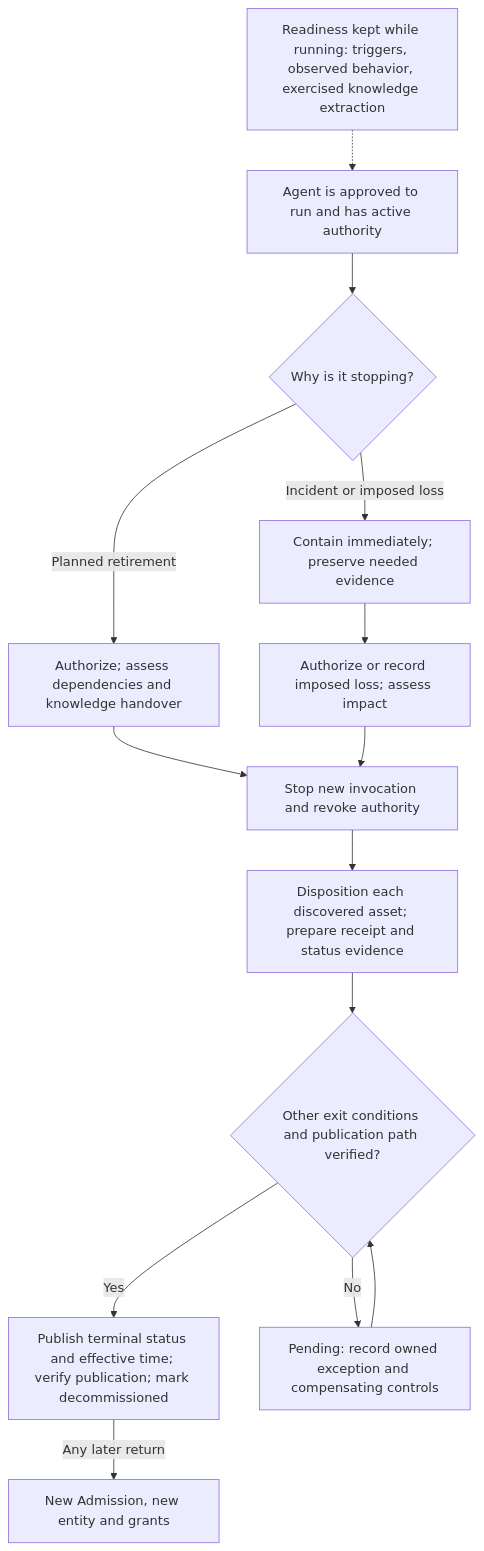
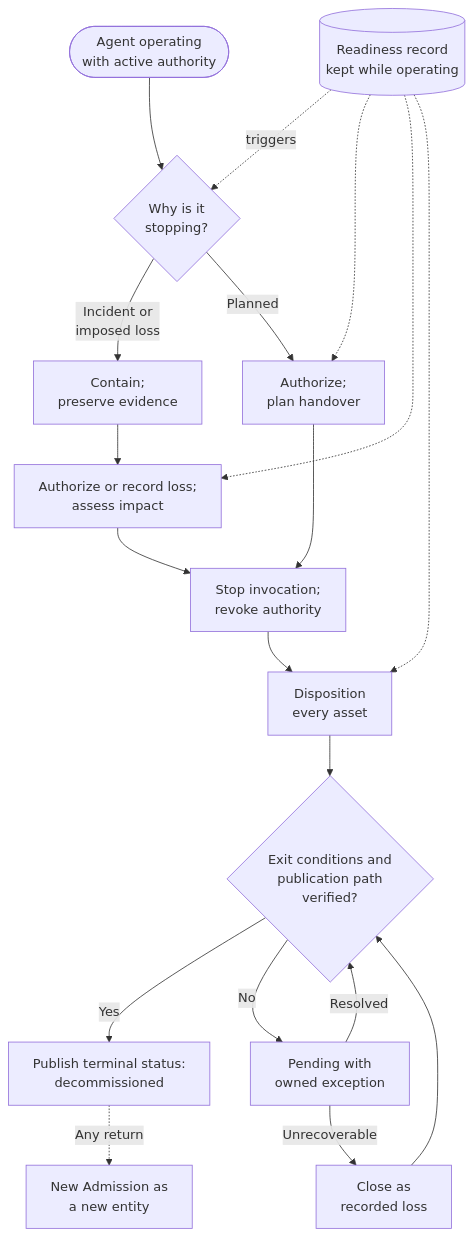
The diagram in RFCs/RFC-205.md (cosai-oasis/ws4-secure-design-agentic-systems), drawn with Mermaid before and after one commit.

Commit message:
Shorten diagram labels, wire readiness edges, add recorded loss

````diff
--- a/RFCs/RFC-205.md
+++ b/RFCs/RFC-205.md
@@ -25,16 +25,21 @@
 ```mermaid
 flowchart TD
-    R[Readiness kept while running: triggers, observed behavior, exercised knowledge extraction] -.-> A
-    A[Agent is approved to run and has active authority] --> B{Why is it stopping?}
-    B -->|Planned retirement| C[Authorize; assess dependencies and knowledge handover]
-    B -->|Incident or imposed loss| D[Contain immediately; preserve needed evidence]
-    D --> E[Authorize or record imposed loss; assess impact]
-    C --> F[Stop new invocation and revoke authority]
+    A(["Agent operating<br/>with active authority"]) --> B{"Why is it<br/>stopping?"}
+    B -->|Incident or<br/>imposed loss| D["Contain;<br/>preserve evidence"]
+    B -->|Planned| C["Authorize;<br/>plan handover"]
+    R[("Readiness record<br/>kept while operating")] -.->|triggers| B
+    D --> E["Authorize or record loss;<br/>assess impact"]
+    R -.-> C
+    R -.-> E
+    R -.-> G
+    C --> F["Stop invocation;<br/>revoke authority"]
     E --> F
-    F --> G[Disposition each discovered asset; prepare receipt and status evidence]
-    G --> H{Other exit conditions and publication path verified?}
-    H -->|Yes| I[Publish terminal status and effective time; verify publication; mark decommissioned]
-    H -->|No| J[Pending: record owned exception and compensating controls]
-    J --> H
-    I -->|Any later return| K[New Admission, new entity and grants]
+    F --> G["Disposition<br/>every asset"]
+    G --> H{"Exit conditions and<br/>publication path<br/>verified?"}
+    H -->|Yes| I["Publish terminal status:<br/>decommissioned"]
+    H -->|No| J["Pending with<br/>owned exception"]
+    J -->|Resolved| H
+    J -->|Unrecoverable| L["Close as<br/>recorded loss"]
+    L --> H
+    I -.->|Any return| K["New Admission as<br/>a new entity"]
 ```
````
